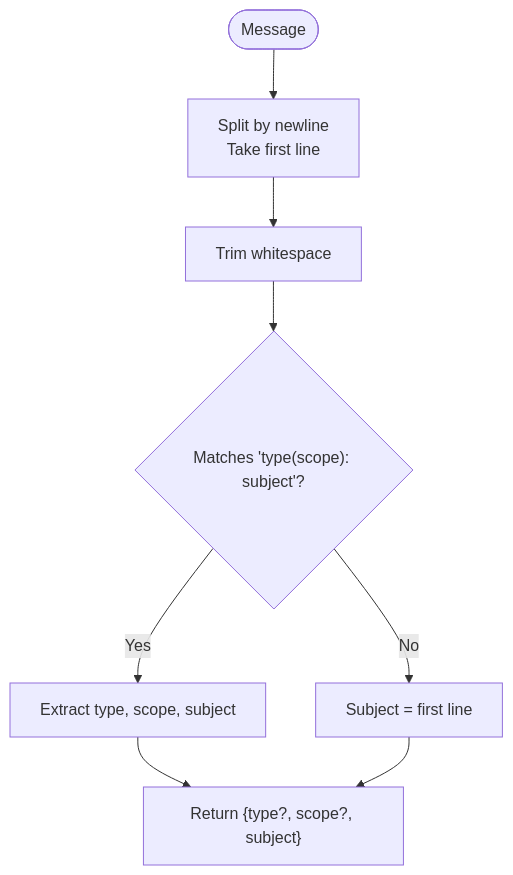
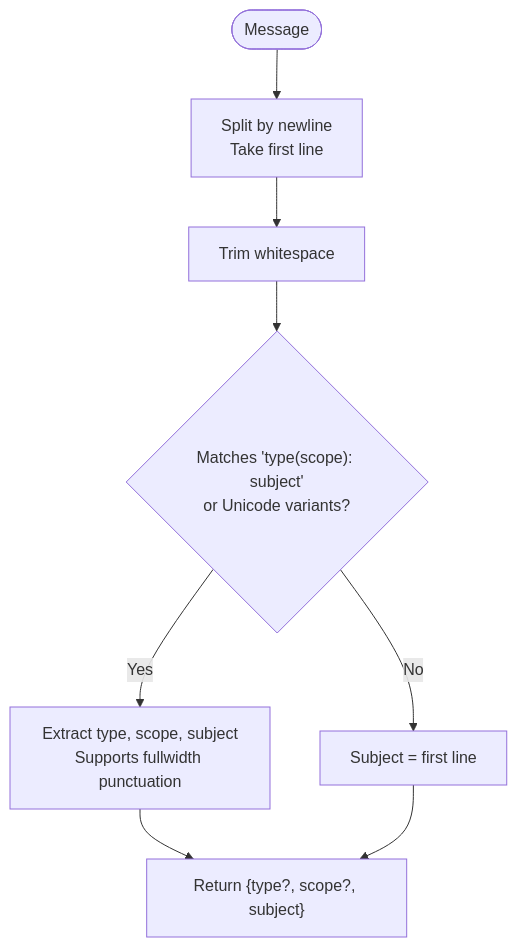
The third of 11 diagrams in .qoder/repowiki/en/content/Report Generation System/Commit Processing and Filtering.md (jrj444/git-daily), drawn with Mermaid before and after one commit. The commit also changed other lines of this file and 6 other files, not shown here.

````diff
--- a/.qoder/repowiki/en/content/Report Generation System/Commit Processing and Filtering.md
+++ b/.qoder/repowiki/en/content/Report Generation System/Commit Processing and Filtering.md
@@ -118,10 +129,10 @@
 ```mermaid
 flowchart TD
 Start(["Message"]) --> Split["Split by newline<br/>Take first line"]
 Split --> Trim["Trim whitespace"]
-Trim --> Match{"Matches 'type(scope): subject'?"}
-Match --> |Yes| Extract["Extract type, scope, subject"]
+Trim --> Match{"Matches 'type(scope): subject'<br/>or Unicode variants?"}
+Match --> |Yes| Extract["Extract type, scope, subject<br/>Supports fullwidth punctuation"]
 Match --> |No| SubjectOnly["Subject = first line"]
 Extract --> Return["Return {type?, scope?, subject}"]
 SubjectOnly --> Return
 ```
````
